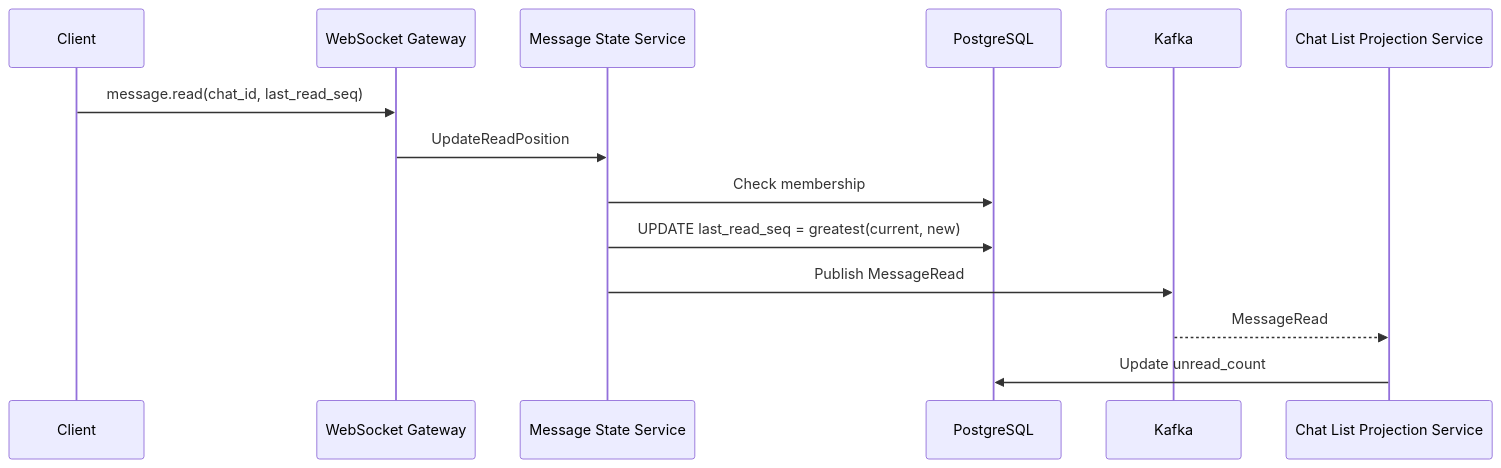
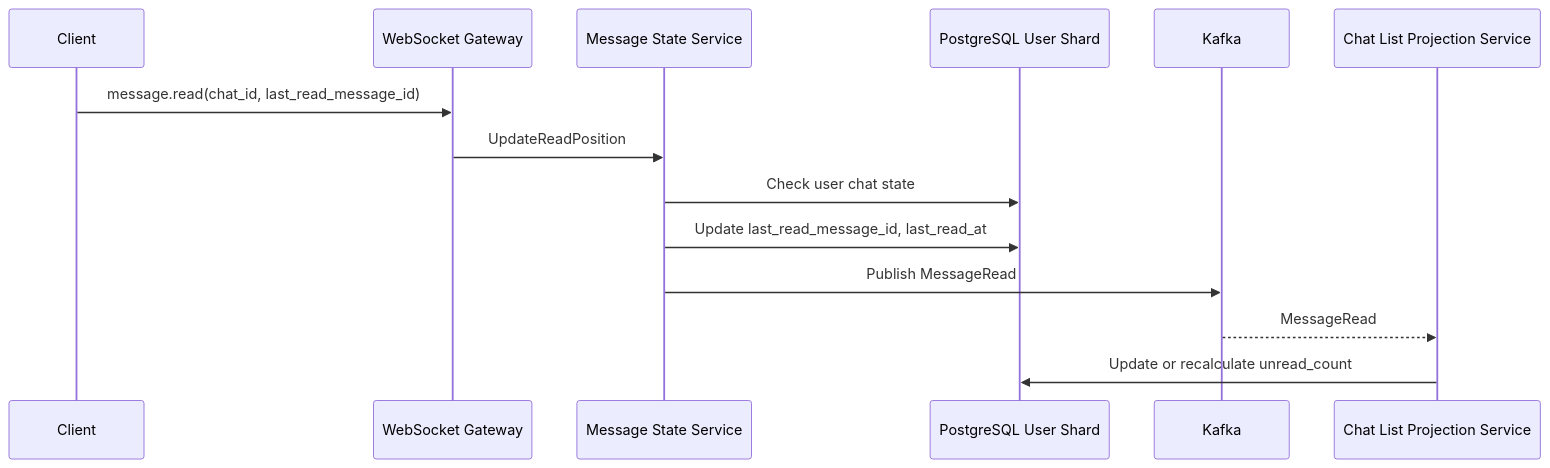
One commit to jerempir/Technical-Solution-for-a-Messenger-System changed the ninth of 10 diagrams in technical_solution_messenger.md. Above: the diagram before and after it, drawn with Mermaid. The commit also changed other lines of this file, not shown here.

````diff
--- a/technical_solution_messenger.md
+++ b/technical_solution_messenger.md
@@ -1082,17 +1321,17 @@
 ```mermaid
 sequenceDiagram
     participant Client
     participant WSGW as WebSocket Gateway
     participant State as Message State Service
-    participant Postgres as PostgreSQL
+    participant PostgresUser as PostgreSQL User Shard
     participant Kafka
     participant Projection as Chat List Projection Service
 
-    Client->>WSGW: message.read(chat_id, last_read_seq)
+    Client->>WSGW: message.read(chat_id, last_read_message_id)
     WSGW->>State: UpdateReadPosition
-    State->>Postgres: Check membership
-    State->>Postgres: UPDATE last_read_seq = greatest(current, new)
+    State->>PostgresUser: Check user chat state
+    State->>PostgresUser: Update last_read_message_id, last_read_at
     State->>Kafka: Publish MessageRead
     Kafka-->>Projection: MessageRead
-    Projection->>Postgres: Update unread_count
+    Projection->>PostgresUser: Update or recalculate unread_count
 ```
````
